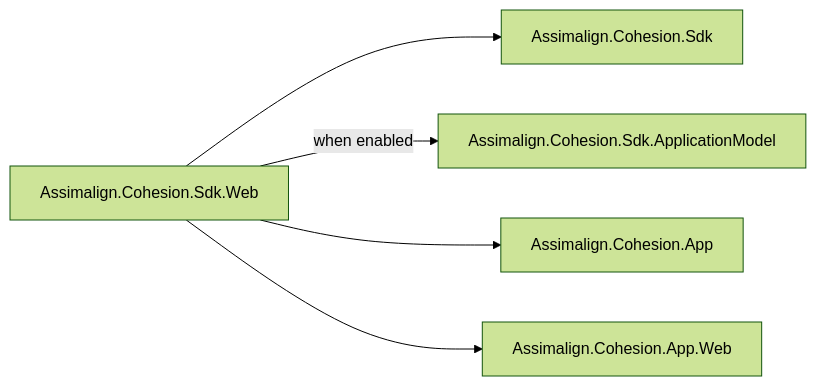
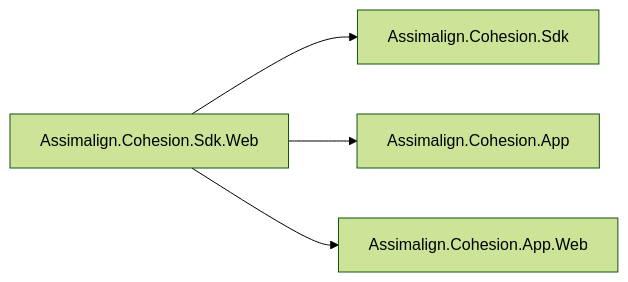
The diagram in sdks/Assimalign.Cohesion.Sdk.Web/Tasks/docs/DESIGN.md (assimalign/cohesion), drawn with Mermaid (forest theme) before and after one commit. The commit also changed other lines of this file and 436 other files, not shown here.

First line of the commit message:
refactor(sdks): retire Sdk.ApplicationModel and slim Sdk.Gateway

````diff
--- a/sdks/Assimalign.Cohesion.Sdk.Web/Tasks/docs/DESIGN.md
+++ b/sdks/Assimalign.Cohesion.Sdk.Web/Tasks/docs/DESIGN.md
@@ -15,7 +13,6 @@
 ```mermaid
 flowchart LR
     Web["Assimalign.Cohesion.Sdk.Web"] --> Base["Assimalign.Cohesion.Sdk"]
-    Web -->|"when enabled"| Model["Assimalign.Cohesion.Sdk.ApplicationModel"]
     Web --> App["Assimalign.Cohesion.App"]
     Web --> Surface["Assimalign.Cohesion.App.Web"]
 ```
````
